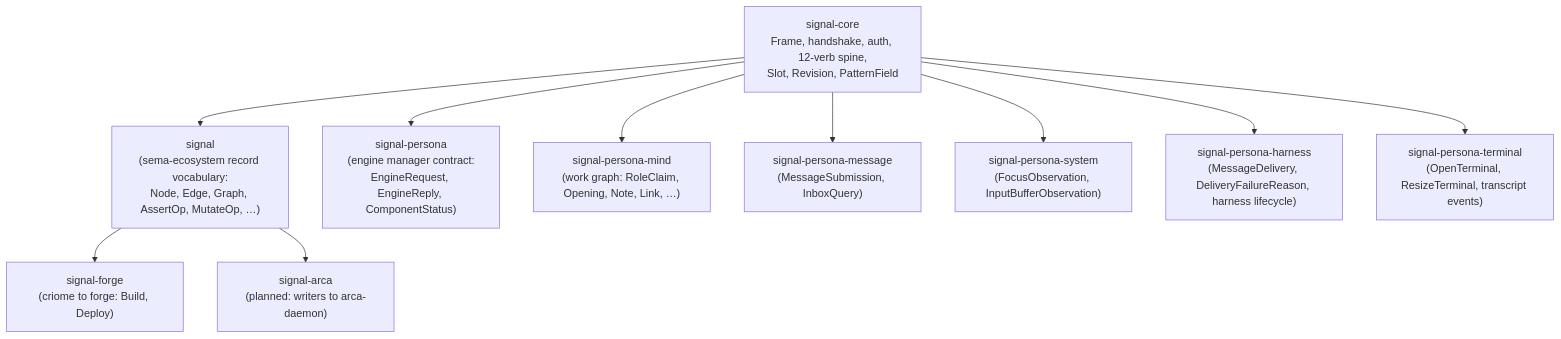
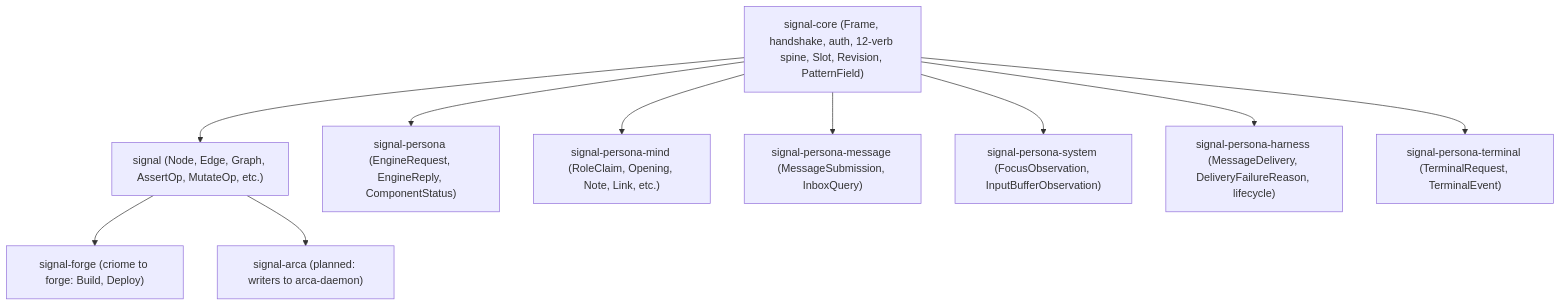
The seventh of 18 diagrams in reports/designer/114-persona-vision-as-of-2026-05-11.md (LiGoldragon/primary), drawn with Mermaid before and after one commit. The commit also changed other lines of this file, not shown here.

````diff
--- a/reports/designer/114-persona-vision-as-of-2026-05-11.md
+++ b/reports/designer/114-persona-vision-as-of-2026-05-11.md
@@ -390,28 +395,28 @@
 ```mermaid
 flowchart TB
-    sig_core["signal-core<br/>Frame, handshake, auth, 12-verb spine,<br/>Slot<T>, Revision, PatternField<T>"]
+    sig_core["signal-core (Frame, handshake, auth, 12-verb spine, Slot, Revision, PatternField)"]
 
-    sig["signal<br/>(sema-ecosystem record vocabulary:<br/>Node, Edge, Graph, AssertOp, MutateOp, …)"]
+    sig["signal (Node, Edge, Graph, AssertOp, MutateOp, etc.)"]
 
-    sig_persona["signal-persona<br/>(engine manager contract:<br/>EngineRequest, EngineReply, ComponentStatus)"]
+    sig_persona["signal-persona (EngineRequest, EngineReply, ComponentStatus)"]
 
-    sig_mind["signal-persona-mind<br/>(work graph: RoleClaim, Opening, Note, Link, …)"]
-    sig_msg["signal-persona-message<br/>(MessageSubmission, InboxQuery)"]
-    sig_sys["signal-persona-system<br/>(FocusObservation, InputBufferObservation)"]
-    sig_harn["signal-persona-harness<br/>(MessageDelivery, DeliveryFailureReason, harness lifecycle)"]
-    sig_term["signal-persona-terminal<br/>(OpenTerminal, ResizeTerminal, transcript events)"]
+    sig_mind["signal-persona-mind (RoleClaim, Opening, Note, Link, etc.)"]
+    sig_msg["signal-persona-message (MessageSubmission, InboxQuery)"]
+    sig_sys["signal-persona-system (FocusObservation, InputBufferObservation)"]
+    sig_harn["signal-persona-harness (MessageDelivery, DeliveryFailureReason, lifecycle)"]
+    sig_term["signal-persona-terminal (TerminalRequest, TerminalEvent)"]
 
-    sig_forge["signal-forge<br/>(criome to forge: Build, Deploy)"]
-    sig_arca["signal-arca<br/>(planned: writers to arca-daemon)"]
+    sig_forge["signal-forge (criome to forge: Build, Deploy)"]
+    sig_arca["signal-arca (planned: writers to arca-daemon)"]
 
     sig_core --> sig
     sig_core --> sig_persona
     sig_core --> sig_mind
     sig_core --> sig_msg
     sig_core --> sig_sys
     sig_core --> sig_harn
     sig_core --> sig_term
 
     sig --> sig_forge
     sig --> sig_arca
 ```
````
